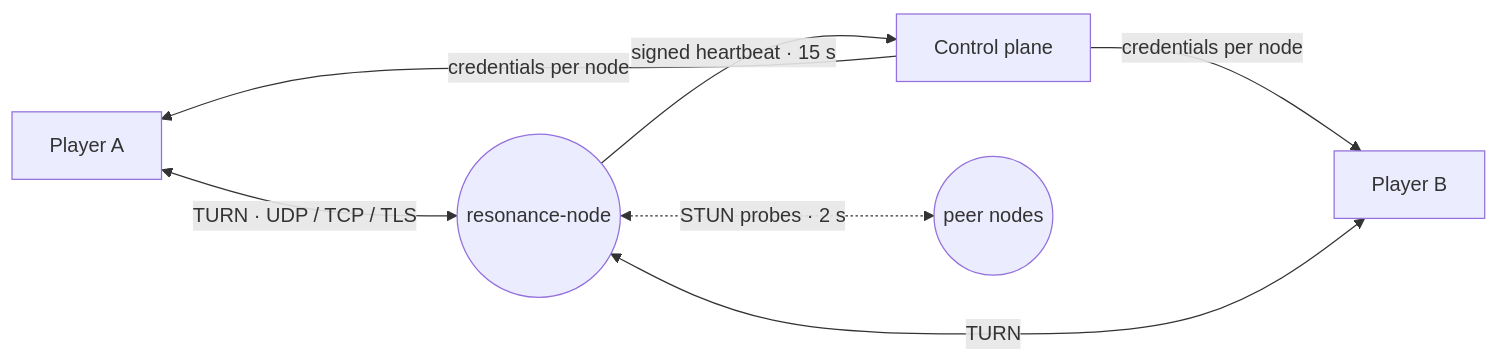
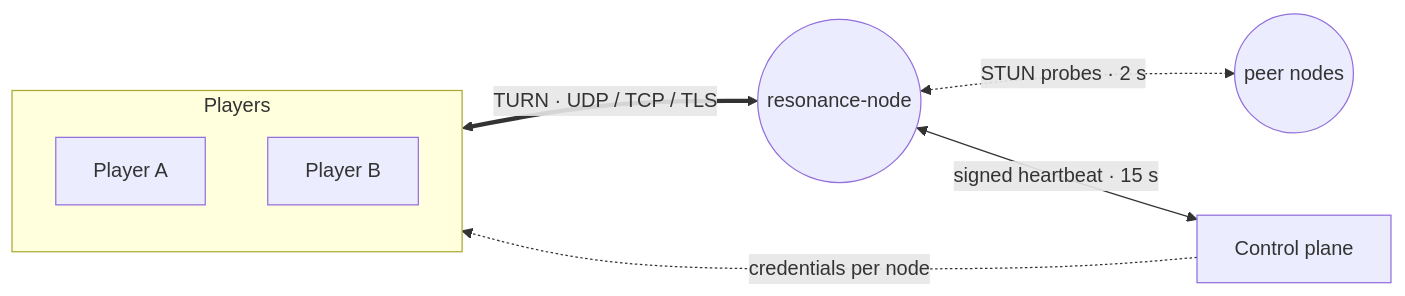
Before and after one commit to gamerelay/resonance: the diagram in README.md, drawn with Mermaid. The commit also changed 1 other file, not shown here.

Commit message:
Docs: the diagrams redrawn so they read at GitHub's width (no crossing lines, nothing cut off)

````diff
--- a/README.md
+++ b/README.md
@@ -56,8 +56,14 @@
 ```mermaid
 flowchart LR
-  A[Player A] <-- "TURN · UDP / TCP / TLS" --> N((resonance-node))
-  B[Player B] <-- "TURN" --> N
-  N -- "signed heartbeat · 15 s" --> CP[Control plane]
-  N <-. "STUN probes · 2 s" .-> P((peer nodes))
-  CP -- "credentials per node" --> A & B
+  subgraph players [Players]
+    A[Player A]
+    B[Player B]
+  end
+  N((resonance-node))
+  P((peer nodes))
+  CP[Control plane]
+  players <== "TURN · UDP / TCP / TLS" ==> N
+  N <-. "STUN probes · 2 s" .-> P
+  N <-- "signed heartbeat · 15 s" --> CP
+  CP -. "credentials per node" .-> players
 ```
````
